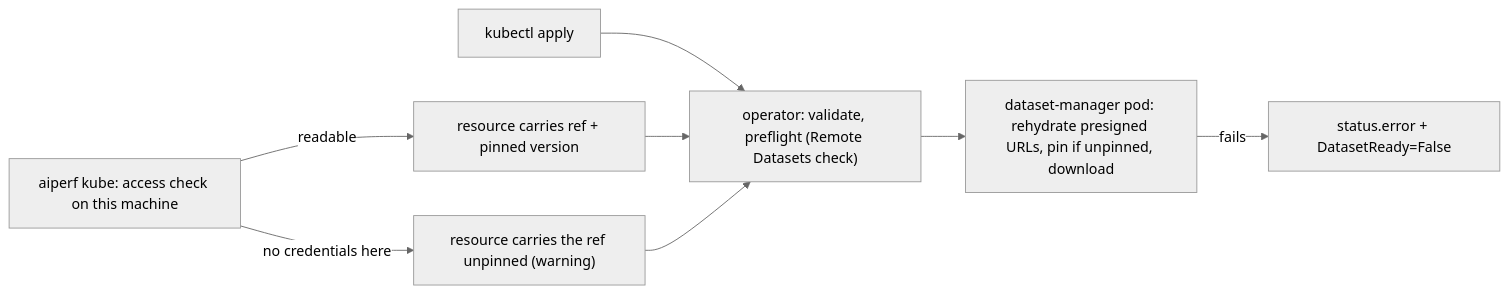
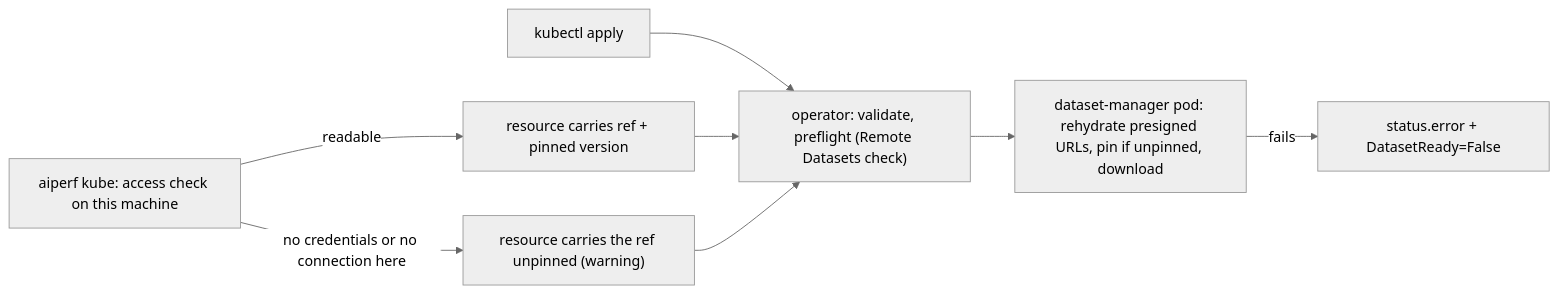
Before and after one commit to ai-dynamo/aiperf: the diagram in docs/tutorials/remote-datasets.md, drawn with Mermaid (neutral theme). The commit also changed other lines of this file and 10 other files, not shown here.

````diff
--- a/docs/tutorials/remote-datasets.md
+++ b/docs/tutorials/remote-datasets.md
@@ -209,10 +209,10 @@
 ```mermaid
 flowchart LR
   A["aiperf kube: access check on this machine"] -->|readable| B["resource carries ref + pinned version"]
-  A -->|"no credentials here"| C["resource carries the ref unpinned (warning)"]
+  A -->|"no credentials or no connection here"| C["resource carries the ref unpinned (warning)"]
   K["kubectl apply"] --> O
   B --> O["operator: validate, preflight (Remote Datasets check)"]
   C --> O
   O --> P["dataset-manager pod: rehydrate presigned URLs, pin if unpinned, download"]
   P -- fails --> S["status.error + DatasetReady=False"]
 ```
````
